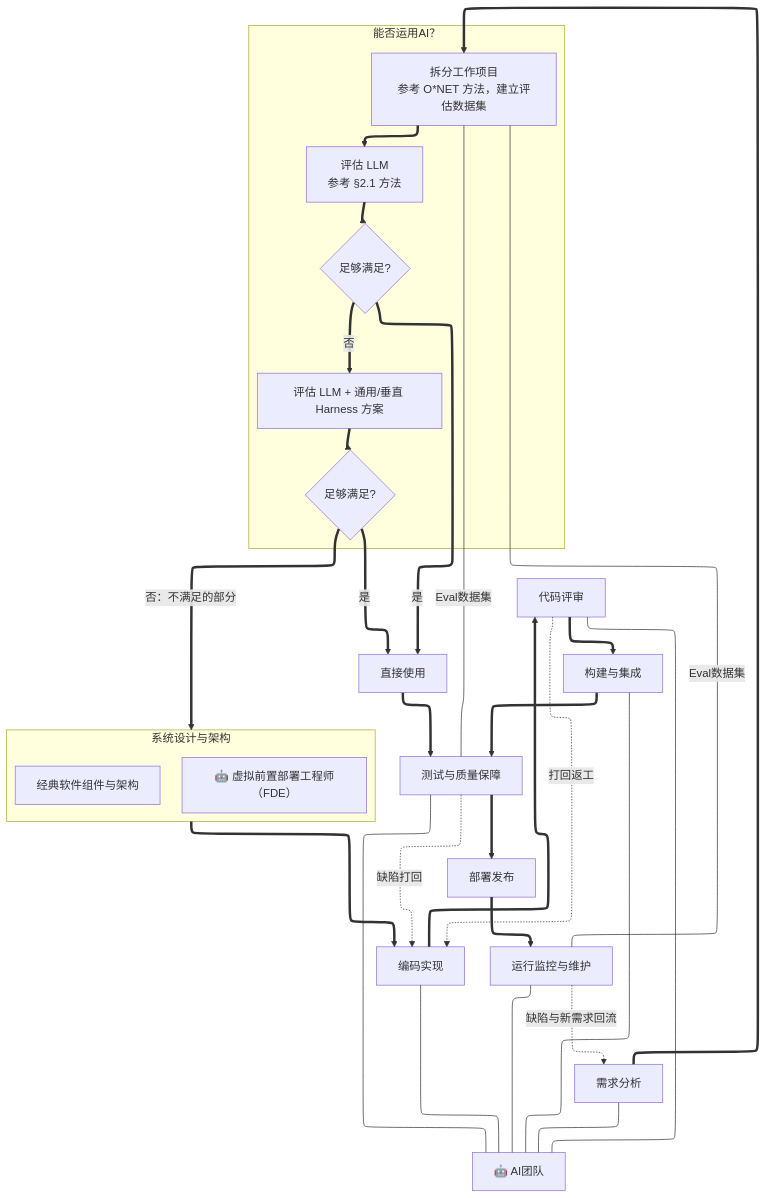
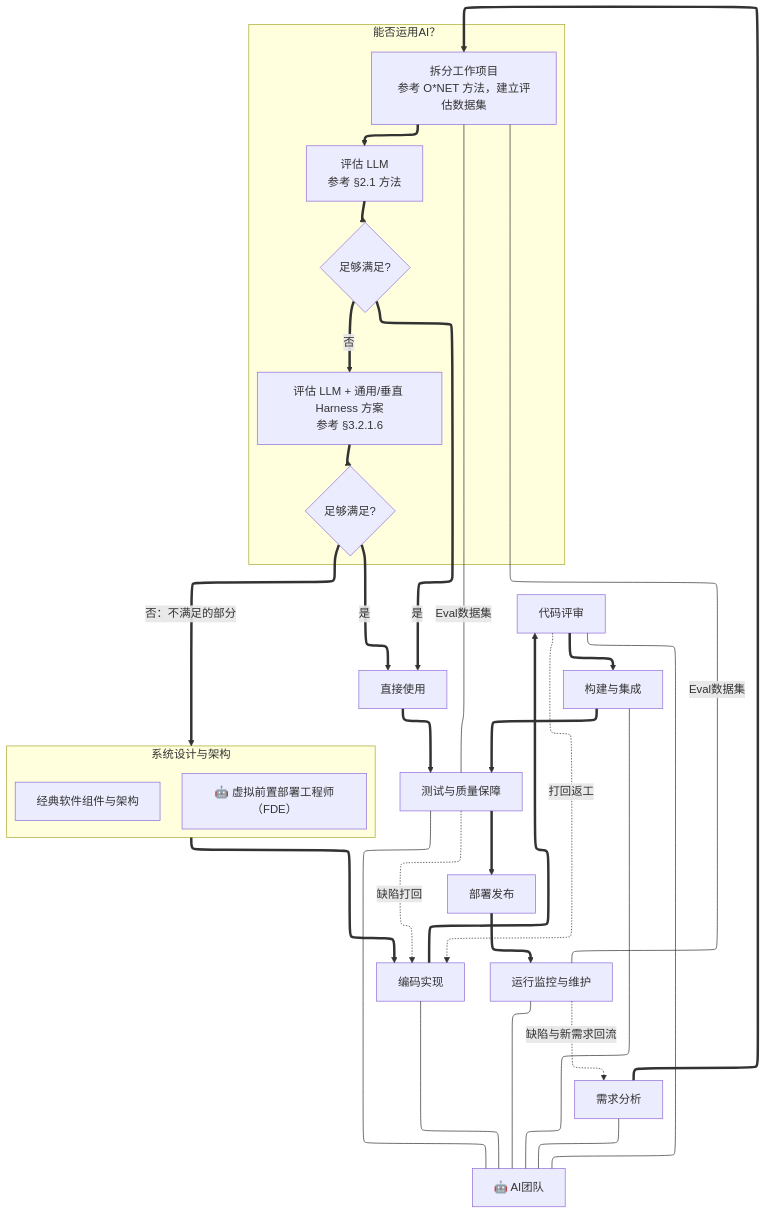
One commit to AI-LLM/Controversy changed the second of 2 diagrams in chat/AIKnowledgeLabor.md. Above: the diagram before and after it, drawn with Mermaid. The commit also changed other lines of this file, not shown here.

````diff
--- a/chat/AIKnowledgeLabor.md
+++ b/chat/AIKnowledgeLabor.md
@@ -624,44 +626,44 @@
 ```mermaid
 ---
 config:
   layout: elk
   elk:
     nodePlacementStrategy: NETWORK_SIMPLEX
     mergeEdges: false
 ---
 graph TD
     R[需求分析] ==> A1
     subgraph SP [能否运用AI？]
         direction TB
         A1[拆分工作项目<br/>参考 O*NET 方法，建立评估数据集] ==> A2[评估 LLM<br/>参考 §2.1 方法]
         A2 ==> Q1{足够满足?}
-        Q1 == 否 ==> A3[评估 LLM + 通用/垂直 Harness 方案]
+        Q1 == 否 ==> A3[评估 LLM + 通用/垂直 Harness 方案<br/>参考 §3.2.1.6]
         A3 ==> Q2{足够满足?}
     end
     Q1 == 是 ==> U[直接使用]
     Q2 == 是 ==> U
     U ==> T
     subgraph D [系统设计与架构]
         direction TB
         D1[经典软件组件与架构]
         D2[🤖 虚拟前置部署工程师（FDE）]
     end
     Q2 == 否：不满足的部分 ==> D
     D ==> C[编码实现]
     C ==> CR[代码评审]
     CR ==> IG[构建与集成]
     IG ==> T[测试与质量保障]
     T ==> DP[部署发布]
     DP ==> MO[运行监控与维护]
     CR -. 打回返工 .-> C
     T -. 缺陷打回 .-> C
     MO -. 缺陷与新需求回流 .-> R
     R --- AIE[🤖 AI团队]
     C --- AIE
     CR --- AIE
     IG --- AIE
     T --- AIE
     MO --- AIE
     A1 ---|Eval数据集| T
     A1 ---|Eval数据集| MO
 ```
````
